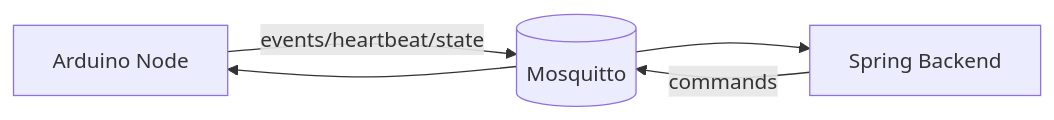
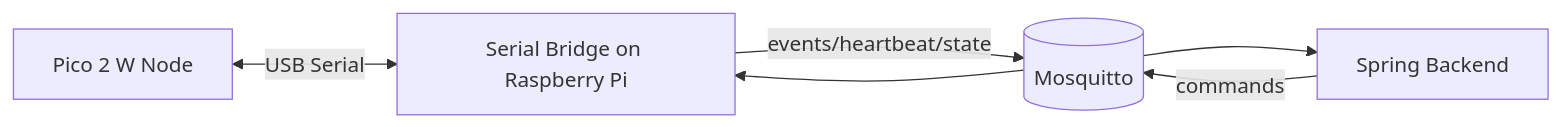
One commit to atkinart/train-manager changed the diagram in docs/mqtt-topics.md. Above: the diagram before and after it, drawn with Mermaid. The commit also changed other lines of this file and 27 other files, not shown here.

Commit message:
Migrate primary node platform from Arduino to Pico 2 W

````diff
--- a/docs/mqtt-topics.md
+++ b/docs/mqtt-topics.md
@@ -77,7 +85,8 @@
 ```mermaid
 flowchart LR
-  Node[Arduino Node] -->|events/heartbeat/state| Broker[(Mosquitto)]
+  Pico[Pico 2 W Node] <-->|USB Serial| Bridge[Serial Bridge on Raspberry Pi]
+  Bridge -->|events/heartbeat/state| Broker[(Mosquitto)]
   Backend[Spring Backend] -->|commands| Broker
   Broker --> Backend
-  Broker --> Node
+  Broker --> Bridge
 ```
````
